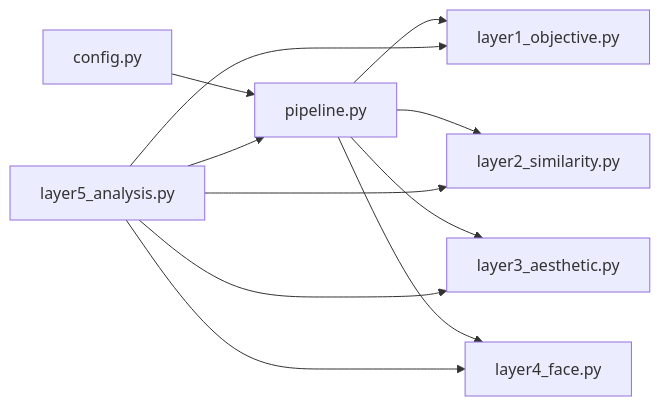
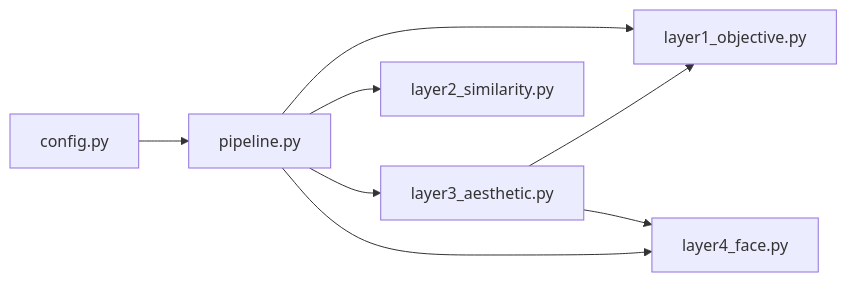
The ninth of 9 diagrams in wiki/评估层级系统/评估层级系统.md (Frankynwa/photo-rank), drawn with Mermaid before and after one commit. The commit also changed other lines of this file and 7 other files, not shown here.

````diff
--- a/wiki/评估层级系统/评估层级系统.md
+++ b/wiki/评估层级系统/评估层级系统.md
@@ -388,13 +366,10 @@
 ```mermaid
 graph LR
 CFG["config.py"] --> P["pipeline.py"]
 P --> L1["layer1_objective.py"]
 P --> L2["layer2_similarity.py"]
 P --> L3["layer3_aesthetic.py"]
 P --> L4["layer4_face.py"]
-L5["layer5_analysis.py"] --> P
-L5 --> L1
-L5 --> L2
-L5 --> L3
-L5 --> L4
+L3 --> L1
+L3 --> L4
 ```
````
